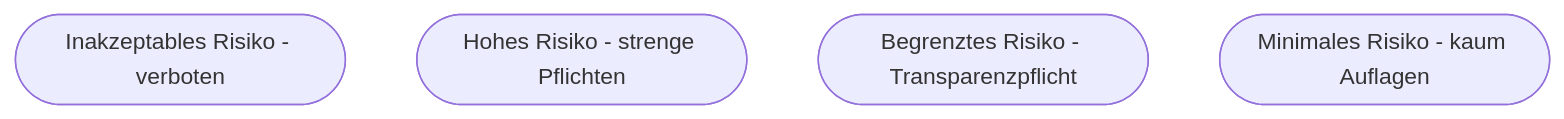
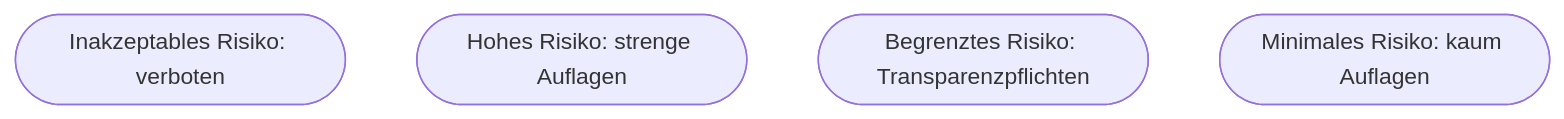
One commit to Qualidy/Prompt-Engineering-KI-in-der-Arbeitswelt changed the diagram in docs/content/kapitel32.md. Above: the diagram before and after it, drawn with Mermaid. The commit also changed other lines of this file and 80 other files, not shown here.

````diff
--- a/docs/content/kapitel32.md
+++ b/docs/content/kapitel32.md
@@ -35,7 +39,7 @@
 ```mermaid
 flowchart TD
-    A([Inakzeptables Risiko - verboten])
-    B([Hohes Risiko - strenge Pflichten])
-    C([Begrenztes Risiko - Transparenzpflicht])
-    D([Minimales Risiko - kaum Auflagen])
+    A([Inakzeptables Risiko: verboten]) 
+    B([Hohes Risiko: strenge Auflagen])
+    C([Begrenztes Risiko: Transparenzpflichten])
+    D([Minimales Risiko: kaum Auflagen])
 ```
````
